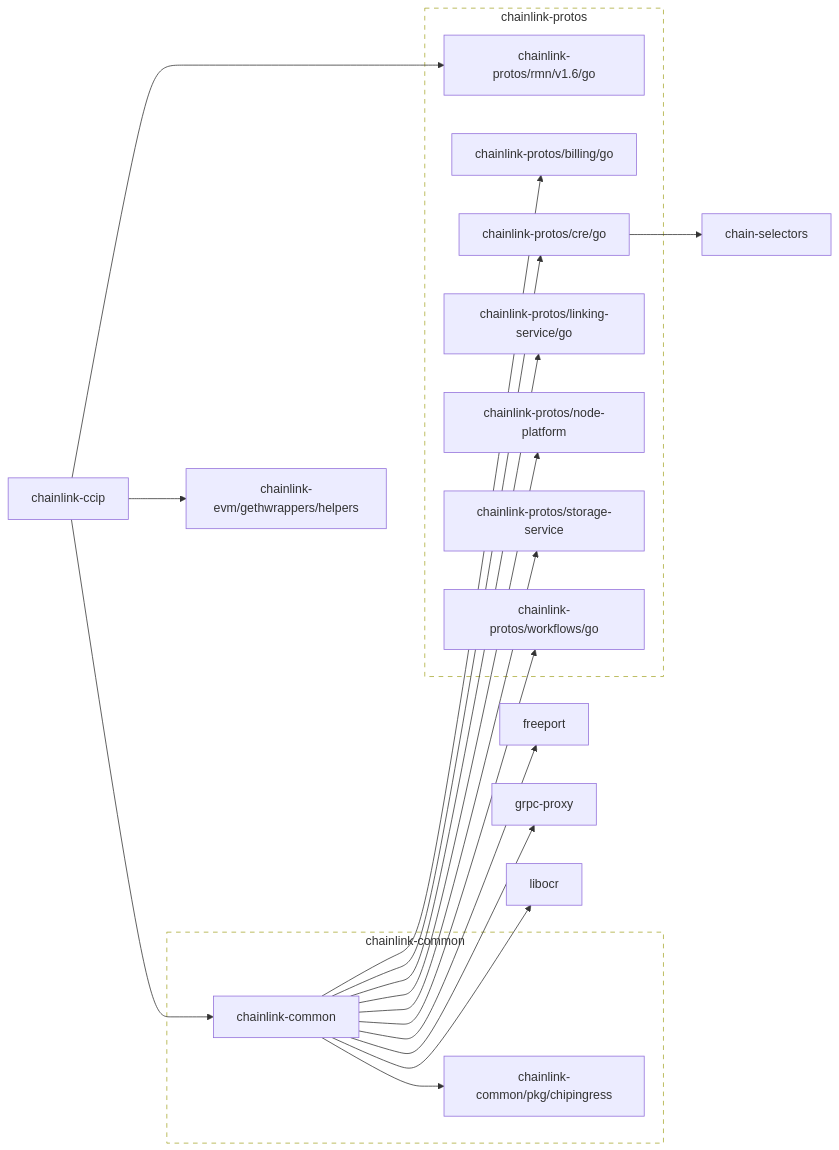
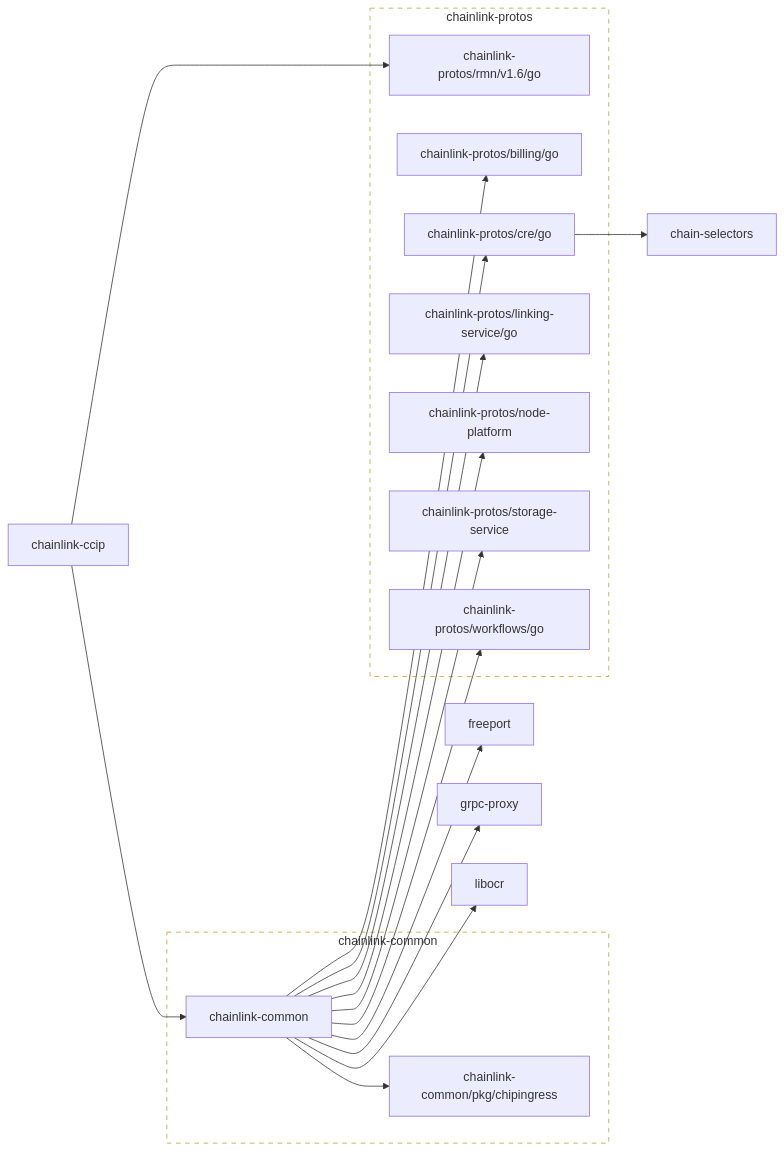
One commit to smartcontractkit/chainlink-ccip changed the first of 2 diagrams in go.md. Above: the diagram before and after it, drawn with Mermaid. The commit also changed other lines of this file and 3 other files, not shown here.

````diff
--- a/go.md
+++ b/go.md
@@ -3,65 +3,62 @@
 ```mermaid
 flowchart LR
 
 	chain-selectors
 	click chain-selectors href "https://github.com/smartcontractkit/chain-selectors"
 	chainlink-ccip --> chainlink-common
-	chainlink-ccip --> chainlink-evm/gethwrappers/helpers
 	chainlink-ccip --> chainlink-protos/rmn/v1.6/go
 	click chainlink-ccip href "https://github.com/smartcontractkit/chainlink-ccip"
 	chainlink-common --> chainlink-common/pkg/chipingress
 	chainlink-common --> chainlink-protos/billing/go
 	chainlink-common --> chainlink-protos/cre/go
 	chainlink-common --> chainlink-protos/linking-service/go
 	chainlink-common --> chainlink-protos/node-platform
 	chainlink-common --> chainlink-protos/storage-service
 	chainlink-common --> chainlink-protos/workflows/go
 	chainlink-common --> freeport
 	chainlink-common --> grpc-proxy
 	chainlink-common --> libocr
 	click chainlink-common href "https://github.com/smartcontractkit/chainlink-common"
 	chainlink-common/pkg/chipingress
 	click chainlink-common/pkg/chipingress href "https://github.com/smartcontractkit/chainlink-common"
-	chainlink-evm/gethwrappers/helpers
-	click chainlink-evm/gethwrappers/helpers href "https://github.com/smartcontractkit/chainlink-evm"
 	chainlink-protos/billing/go
 	click chainlink-protos/billing/go href "https://github.com/smartcontractkit/chainlink-protos"
 	chainlink-protos/cre/go --> chain-selectors
 	click chainlink-protos/cre/go href "https://github.com/smartcontractkit/chainlink-protos"
 	chainlink-protos/linking-service/go
 	click chainlink-protos/linking-service/go href "https://github.com/smartcontractkit/chainlink-protos"
 	chainlink-protos/node-platform
 	click chainlink-protos/node-platform href "https://github.com/smartcontractkit/chainlink-protos"
 	chainlink-protos/rmn/v1.6/go
 	click chainlink-protos/rmn/v1.6/go href "https://github.com/smartcontractkit/chainlink-protos"
 	chainlink-protos/storage-service
 	click chainlink-protos/storage-service href "https://github.com/smartcontractkit/chainlink-protos"
 	chainlink-protos/workflows/go
 	click chainlink-protos/workflows/go href "https://github.com/smartcontractkit/chainlink-protos"
 	freeport
 	click freeport href "https://github.com/smartcontractkit/freeport"
 	grpc-proxy
 	click grpc-proxy href "https://github.com/smartcontractkit/grpc-proxy"
 	libocr
 	click libocr href "https://github.com/smartcontractkit/libocr"
 
 	subgraph chainlink-common-repo[chainlink-common]
 		 chainlink-common
 		 chainlink-common/pkg/chipingress
 	end
 	click chainlink-common-repo href "https://github.com/smartcontractkit/chainlink-common"
 
 	subgraph chainlink-protos-repo[chainlink-protos]
 		 chainlink-protos/billing/go
 		 chainlink-protos/cre/go
 		 chainlink-protos/linking-service/go
 		 chainlink-protos/node-platform
 		 chainlink-protos/rmn/v1.6/go
 		 chainlink-protos/storage-service
 		 chainlink-protos/workflows/go
 	end
 	click chainlink-protos-repo href "https://github.com/smartcontractkit/chainlink-protos"
 
 	classDef outline stroke-dasharray:6,fill:none;
 	class chainlink-common-repo,chainlink-protos-repo outline
 ```
````
